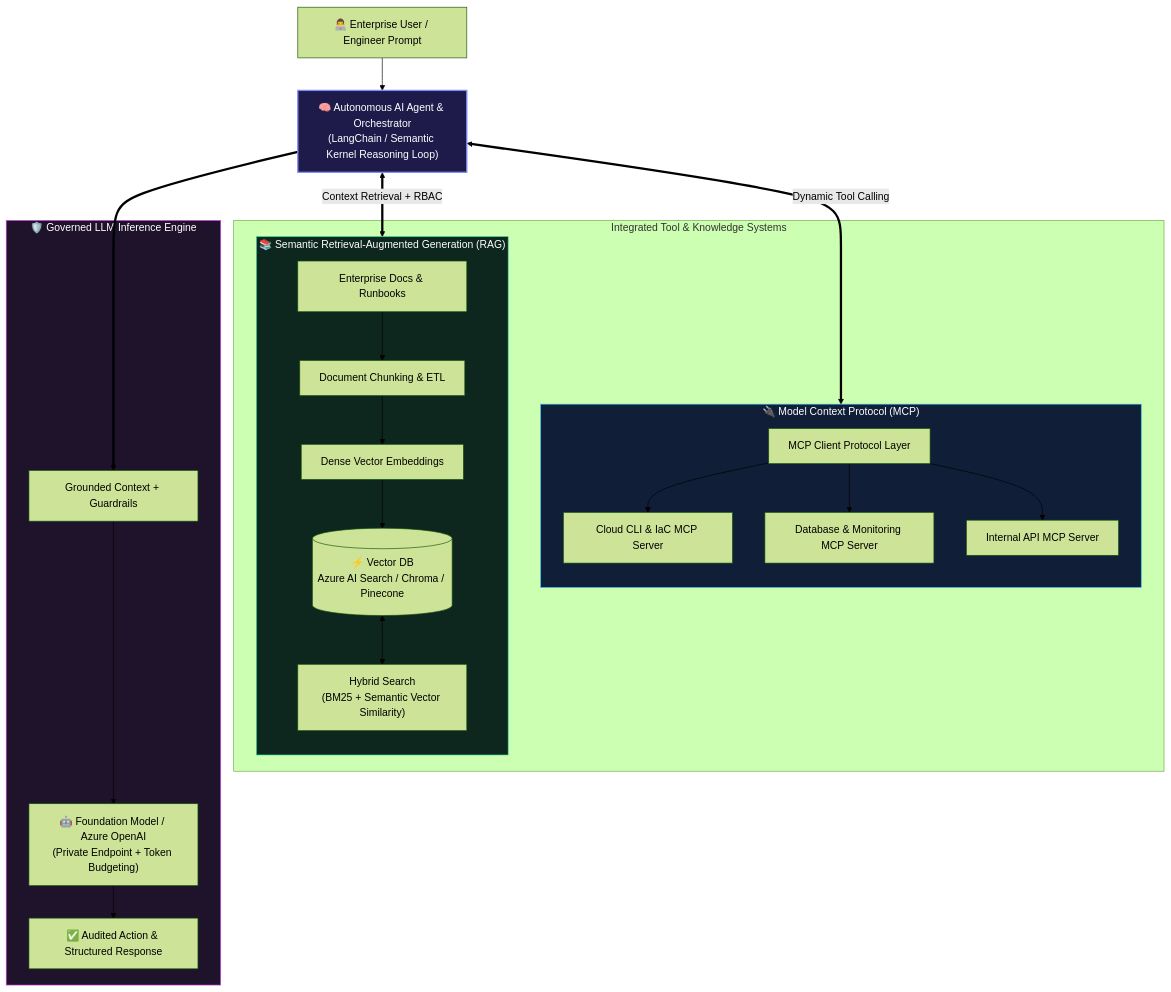
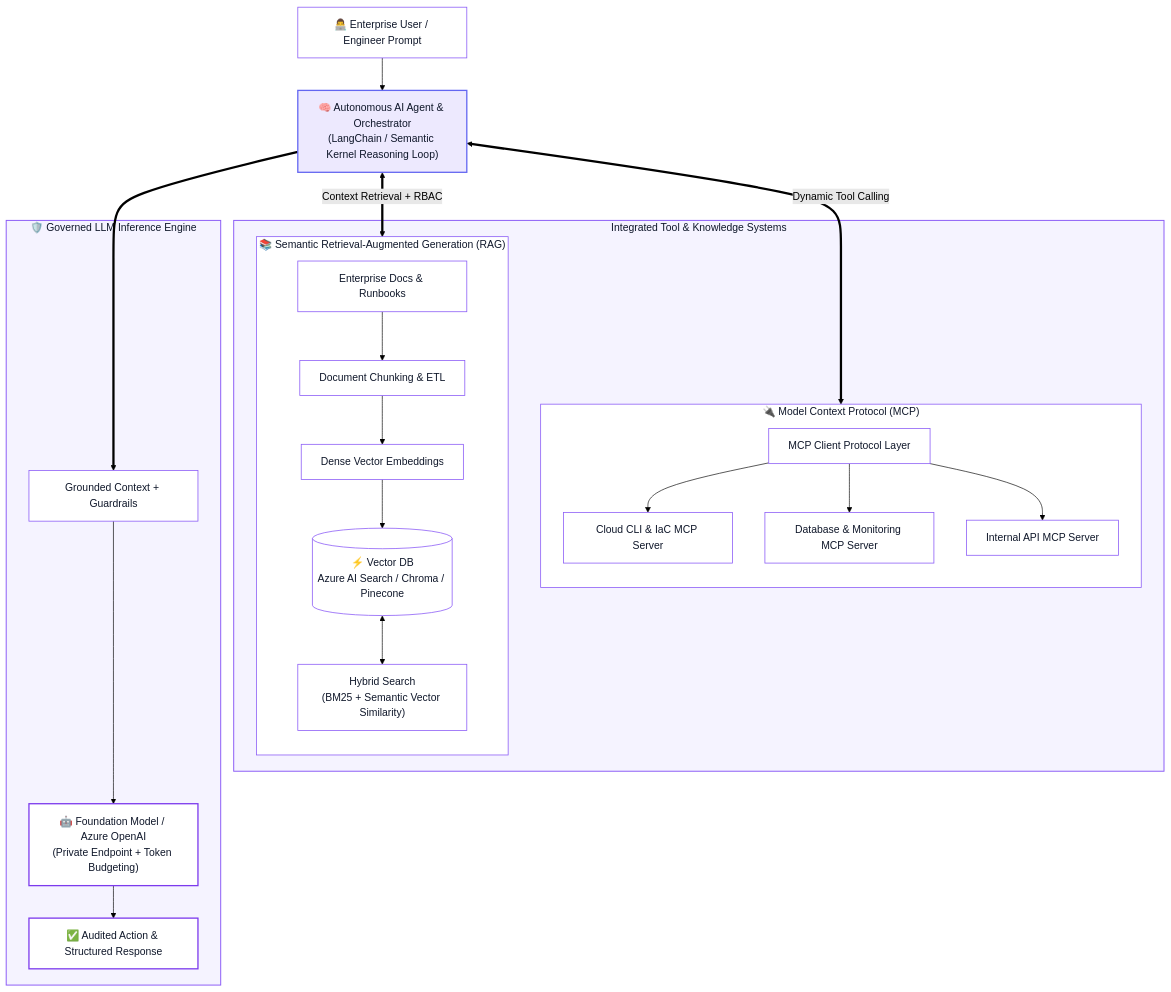
Before and after one commit to Ankitasingh-singh/Ankitasingh-singh: the tenth of 10 diagrams in README.md, drawn with Mermaid (forest theme). The commit also changed other lines of this file, not shown here.

````diff
--- a/README.md
+++ b/README.md
@@ -549,41 +652,56 @@
 ```mermaid
 flowchart TD
-    User["👨‍💻 Enterprise User / Engineer Prompt"] --> Orchestrator["🧠 Autonomous AI Agent & Orchestrator\n(LangChain / Semantic Kernel Reasoning Loop)"]
+    User["👨‍💻 Enterprise User / Engineer Prompt"] --> Orchestrator["🧠 Autonomous AI Agent & Orchestrator<br/>(LangChain / Semantic Kernel Reasoning Loop)"]
 
     subgraph ContextSystems["Integrated Tool & Knowledge Systems"]
         subgraph MCPFramework["🔌 Model Context Protocol (MCP)"]
             direction TB
             MCPServer["MCP Client Protocol Layer"]
             Tool1["Cloud CLI & IaC MCP Server"]
             Tool2["Database & Monitoring MCP Server"]
             Tool3["Internal API MCP Server"]
             MCPServer --> Tool1
             MCPServer --> Tool2
             MCPServer --> Tool3
         end
 
         subgraph RAGPipeline["📚 Semantic Retrieval-Augmented Generation (RAG)"]
             direction TB
             Docs["Enterprise Docs & Runbooks"] --> Chunking["Document Chunking & ETL"]
             Chunking --> Embeddings["Dense Vector Embeddings"]
-            Embeddings --> VectorDB[("⚡ Vector DB\nAzure AI Search / Chroma / Pinecone")]
-            QuerySearch["Hybrid Search\n(BM25 + Semantic Vector Similarity)"]
+            Embeddings --> VectorDB[("⚡ Vector DB<br/>Azure AI Search / Chroma / Pinecone")]
+            QuerySearch["Hybrid Search<br/>(BM25 + Semantic Vector Similarity)"]
             VectorDB <--> QuerySearch
         end
     end
 
     Orchestrator <==>|"Dynamic Tool Calling"| MCPServer
     Orchestrator <==>|"Context Retrieval + RBAC"| QuerySearch
 
     subgraph LLMRuntime["🛡️ Governed LLM Inference Engine"]
-        Grounding["Grounded Context + Guardrails"] --> PrivateLLM["🤖 Foundation Model / Azure OpenAI\n(Private Endpoint + Token Budgeting)"]
+        Grounding["Grounded Context + Guardrails"] --> PrivateLLM["🤖 Foundation Model / Azure OpenAI<br/>(Private Endpoint + Token Budgeting)"]
         PrivateLLM --> AuditedOutput["✅ Audited Action & Structured Response"]
     end
 
     Orchestrator ==> Grounding
 
-    style Orchestrator fill:#1e1b4b,stroke:#818cf8,stroke-width:2px,color:#fff
-    style MCPFramework fill:#111e38,stroke:#38bdf8,stroke-width:1px,color:#fff
-    style RAGPipeline fill:#0d261e,stroke:#34d399,stroke-width:1px,color:#fff
-    style LLMRuntime fill:#1f132b,stroke:#d946ef,stroke-width:1px,color:#fff
+    style Orchestrator fill:#ede9fe,stroke:#6366f1,stroke-width:2px,color:#0f172a
+    style ContextSystems fill:#f5f3ff,stroke:#8b5cf6,stroke-width:1.5px,color:#0f172a
+    style MCPFramework fill:#ffffff,stroke:#8b5cf6,stroke-width:1.2px,color:#0f172a
+    style RAGPipeline fill:#ffffff,stroke:#8b5cf6,stroke-width:1.2px,color:#0f172a
+    style LLMRuntime fill:#f5f3ff,stroke:#8b5cf6,stroke-width:1.5px,color:#0f172a
+
+    style User fill:#ffffff,stroke:#8b5cf6,stroke-width:1.2px,color:#0f172a
+    style MCPServer fill:#ffffff,stroke:#8b5cf6,stroke-width:1.2px,color:#0f172a
+    style Tool1 fill:#ffffff,stroke:#8b5cf6,stroke-width:1.2px,color:#0f172a
+    style Tool2 fill:#ffffff,stroke:#8b5cf6,stroke-width:1.2px,color:#0f172a
+    style Tool3 fill:#ffffff,stroke:#8b5cf6,stroke-width:1.2px,color:#0f172a
+    style Docs fill:#ffffff,stroke:#8b5cf6,stroke-width:1.2px,color:#0f172a
+    style Chunking fill:#ffffff,stroke:#8b5cf6,stroke-width:1.2px,color:#0f172a
+    style Embeddings fill:#ffffff,stroke:#8b5cf6,stroke-width:1.2px,color:#0f172a
+    style VectorDB fill:#ffffff,stroke:#8b5cf6,stroke-width:1.2px,color:#0f172a
+    style QuerySearch fill:#ffffff,stroke:#8b5cf6,stroke-width:1.2px,color:#0f172a
+    style Grounding fill:#ffffff,stroke:#8b5cf6,stroke-width:1.2px,color:#0f172a
+    style PrivateLLM fill:#ffffff,stroke:#7c3aed,stroke-width:2px,color:#0f172a
+    style AuditedOutput fill:#ffffff,stroke:#7c3aed,stroke-width:2px,color:#0f172a
 ```
````
